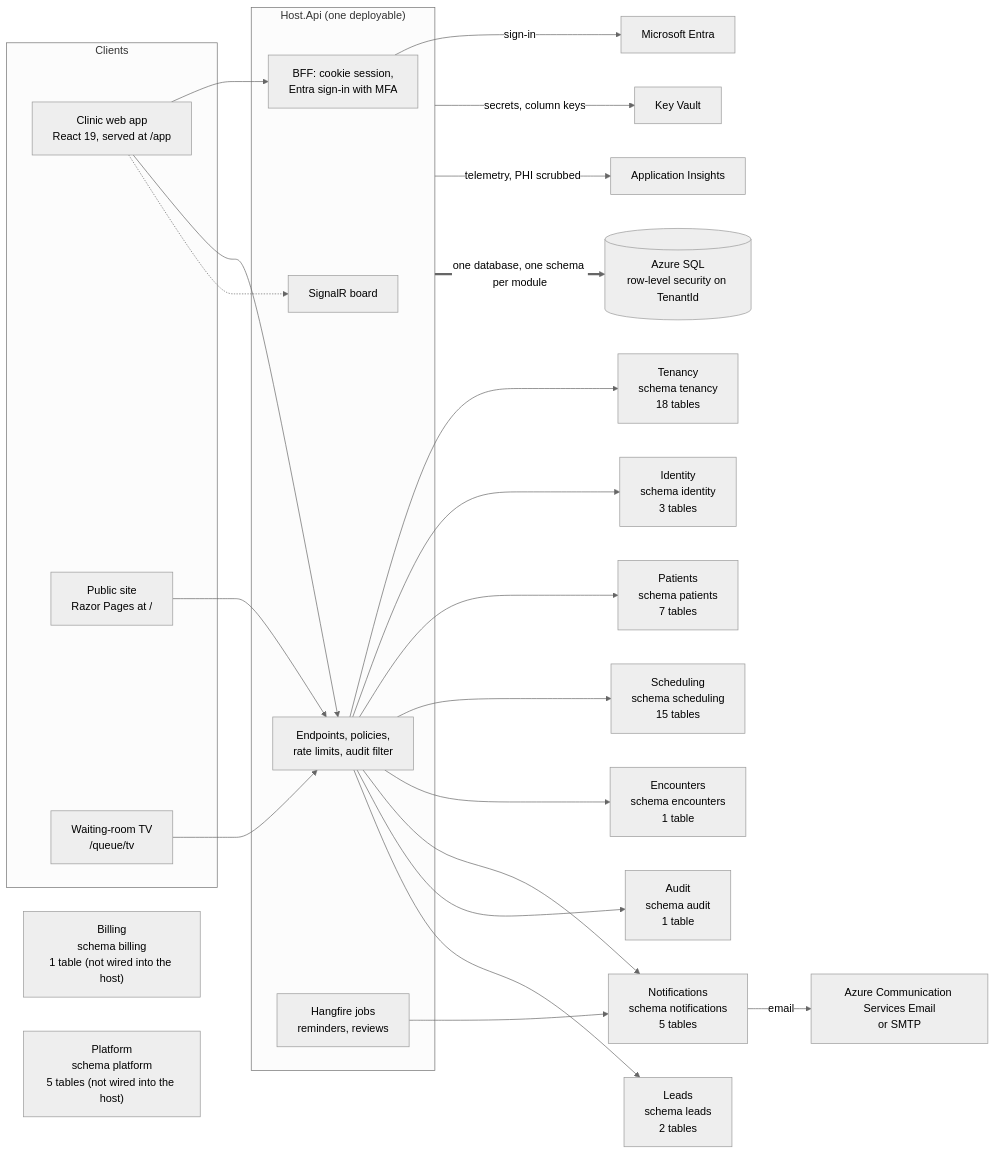
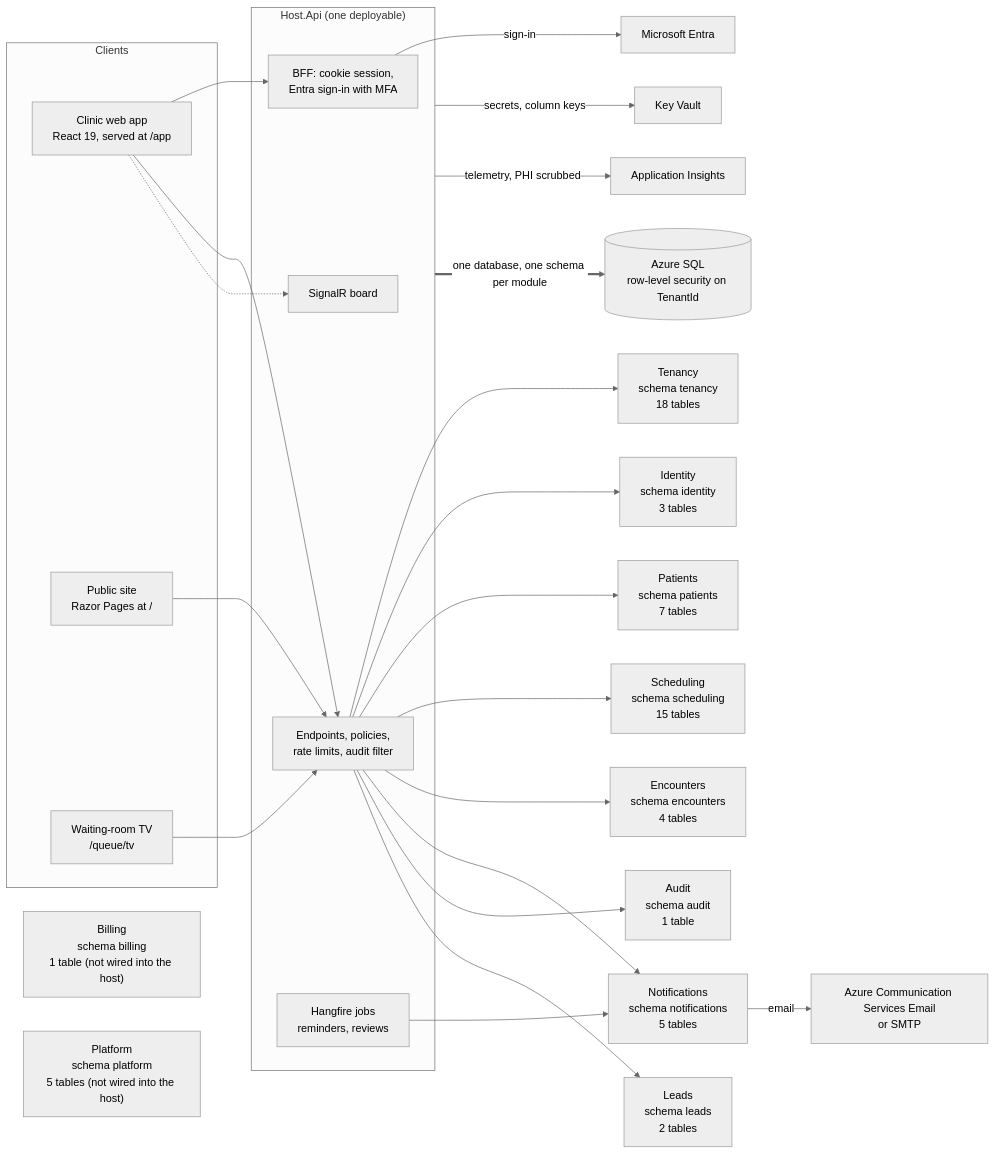
The first of 13 diagrams in docs/03-architecture/erd.md (ALFRED-LUCIFER/medvya), drawn with Mermaid (neutral theme) before and after one commit. The commit also changed other lines of this file and 41 other files, not shown here.

````diff
--- a/docs/03-architecture/erd.md
+++ b/docs/03-architecture/erd.md
@@ -15,35 +15,35 @@
 ```mermaid
 flowchart LR
   subgraph Clients
     web["Clinic web app<br/>React 19, served at /app"]
     site["Public site<br/>Razor Pages at /"]
     tv["Waiting-room TV<br/>/queue/tv"]
   end
   subgraph Host["Host.Api (one deployable)"]
     bff["BFF: cookie session,<br/>Entra sign-in with MFA"]
     api["Endpoints, policies,<br/>rate limits, audit filter"]
     hub["SignalR board"]
     jobs["Hangfire jobs<br/>reminders, reviews"]
   end
   web --> bff
   web --> api
   web -.-> hub
   tv --> api
   site --> api
   api --> Tenancy["Tenancy<br/>schema tenancy<br/>18 tables"]
   api --> Identity["Identity<br/>schema identity<br/>3 tables"]
   api --> Patients["Patients<br/>schema patients<br/>7 tables"]
   api --> Scheduling["Scheduling<br/>schema scheduling<br/>15 tables"]
-  api --> Encounters["Encounters<br/>schema encounters<br/>1 table"]
+  api --> Encounters["Encounters<br/>schema encounters<br/>4 tables"]
   api --> Notifications["Notifications<br/>schema notifications<br/>5 tables"]
   api --> Audit["Audit<br/>schema audit<br/>1 table"]
   api --> Leads["Leads<br/>schema leads<br/>2 tables"]
   Billing["Billing<br/>schema billing<br/>1 table (not wired into the host)"]
   Platform["Platform<br/>schema platform<br/>5 tables (not wired into the host)"]
   jobs --> Notifications
   bff -->|"sign-in"| entra["Microsoft Entra"]
   Notifications -->|"email"| mail["Azure Communication Services Email<br/>or SMTP"]
   Host -->|"secrets, column keys"| kv["Key Vault"]
   Host -->|"telemetry, PHI scrubbed"| ai["Application Insights"]
   Host ==>|"one database, one schema per module"| sql[("Azure SQL<br/>row-level security on TenantId")]
 ```
````
